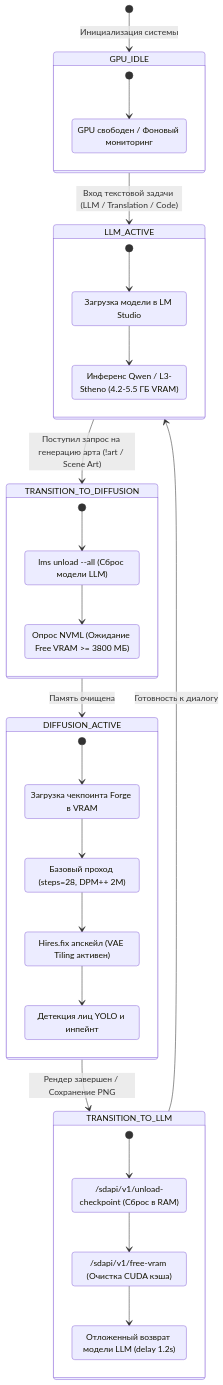
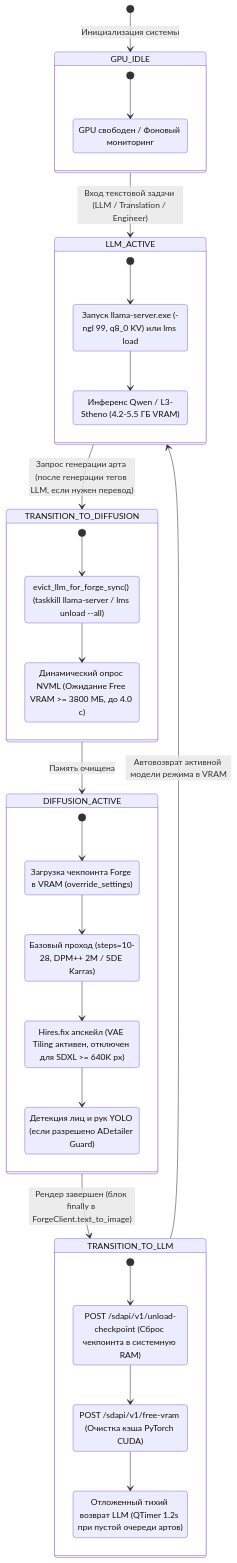
The third of 4 diagrams in docs/architecture.md (ZabotaOblizkih/NeonRoute), drawn with Mermaid before and after one commit. The commit also changed other lines of this file and 66 other files, not shown here.

````diff
--- a/docs/architecture.md
+++ b/docs/architecture.md
@@ -381,53 +428,53 @@
 ```mermaid
 stateDiagram-v2
     [*] --> GPU_IDLE: Инициализация системы
 
     state GPU_IDLE {
         [*] --> NONE
         NONE: GPU свободен / Фоновый мониторинг
     }
 
-    GPU_IDLE --> LLM_ACTIVE: Вход текстовой задачи (LLM / Translation / Code)
+    GPU_IDLE --> LLM_ACTIVE: Вход текстовой задачи (LLM / Translation / Engineer)
     
     state LLM_ACTIVE {
         [*] --> LOAD_LLM
-        LOAD_LLM: Загрузка модели в LM Studio
+        LOAD_LLM: Запуск llama-server.exe (-ngl 99, q8_0 KV) или lms load
         HOLD_LLM: Инференс Qwen / L3-Stheno (4.2-5.5 ГБ VRAM)
         LOAD_LLM --> HOLD_LLM
     }
 
-    LLM_ACTIVE --> TRANSITION_TO_DIFFUSION: Поступил запрос на генерацию арта (!art / Scene Art)
+    LLM_ACTIVE --> TRANSITION_TO_DIFFUSION: Запрос генерации арта (после генерации тегов LLM, если нужен перевод)
 
     state TRANSITION_TO_DIFFUSION {
         [*] --> UNLOAD_LLM
-        UNLOAD_LLM: lms unload --all (Сброс модели LLM)
-        WAIT_WDDM: Опрос NVML (Ожидание Free VRAM >= 3800 МБ)
+        UNLOAD_LLM: evict_llm_for_forge_sync() (taskkill llama-server / lms unload --all)
+        WAIT_WDDM: Динамический опрос NVML (Ожидание Free VRAM >= 3800 МБ, до 4.0 с)
         UNLOAD_LLM --> WAIT_WDDM
     }
 
     TRANSITION_TO_DIFFUSION --> DIFFUSION_ACTIVE: Память очищена
     
     state DIFFUSION_ACTIVE {
         [*] --> LOAD_SD
-        LOAD_SD: Загрузка чекпоинта Forge в VRAM
-        RENDER_TXT2IMG: Базовый проход (steps=28, DPM++ 2M)
-        RENDER_HIRES: Hires.fix апскейл (VAE Tiling активен)
-        RENDER_ADETAILER: Детекция лиц YOLO и инпейнт
+        LOAD_SD: Загрузка чекпоинта Forge в VRAM (override_settings)
+        RENDER_TXT2IMG: Базовый проход (steps=10-28, DPM++ 2M / SDE Karras)
+        RENDER_HIRES: Hires.fix апскейл (VAE Tiling активен, отключен для SDXL >= 640K px)
+        RENDER_ADETAILER: Детекция лиц и рук YOLO (если разрешено ADetailer Guard)
         LOAD_SD --> RENDER_TXT2IMG
         RENDER_TXT2IMG --> RENDER_HIRES
         RENDER_HIRES --> RENDER_ADETAILER
     }
 
-    DIFFUSION_ACTIVE --> TRANSITION_TO_LLM: Рендер завершен / Сохранение PNG
+    DIFFUSION_ACTIVE --> TRANSITION_TO_LLM: Рендер завершен (блок finally в ForgeClient.text_to_image)
 
     state TRANSITION_TO_LLM {
         [*] --> UNLOAD_SD
-        UNLOAD_SD: /sdapi/v1/unload-checkpoint (Сброс в RAM)
-        PURGE_CUDA: /sdapi/v1/free-vram (Очистка CUDA кэша)
-        TIMER_DELAY: Отложенный возврат модели LLM (delay 1.2s)
+        UNLOAD_SD: POST /sdapi/v1/unload-checkpoint (Сброс чекпоинта в системную RAM)
+        PURGE_CUDA: POST /sdapi/v1/free-vram (Очистка кэша PyTorch CUDA)
+        TIMER_DELAY: Отложенный тихий возврат LLM (QTimer 1.2s при пустой очереди артов)
         UNLOAD_SD --> PURGE_CUDA
         PURGE_CUDA --> TIMER_DELAY
     }
 
-    TRANSITION_TO_LLM --> LLM_ACTIVE: Готовность к диалогу
+    TRANSITION_TO_LLM --> LLM_ACTIVE: Автовозврат активной модели режима в VRAM
 ```
````
